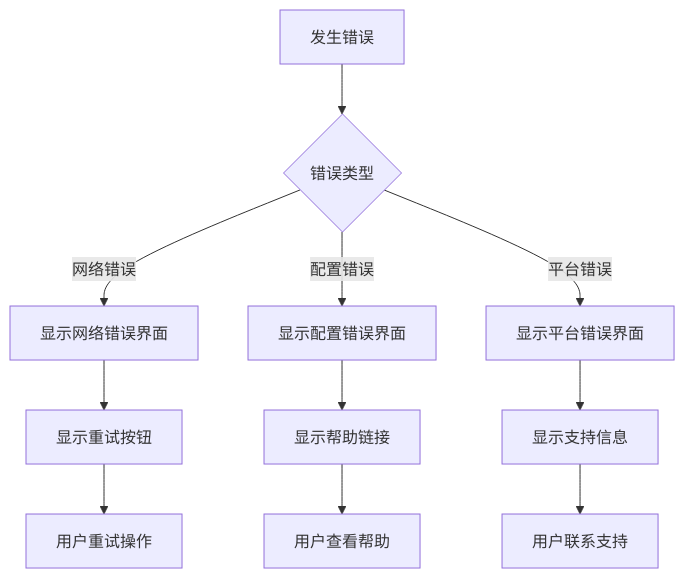
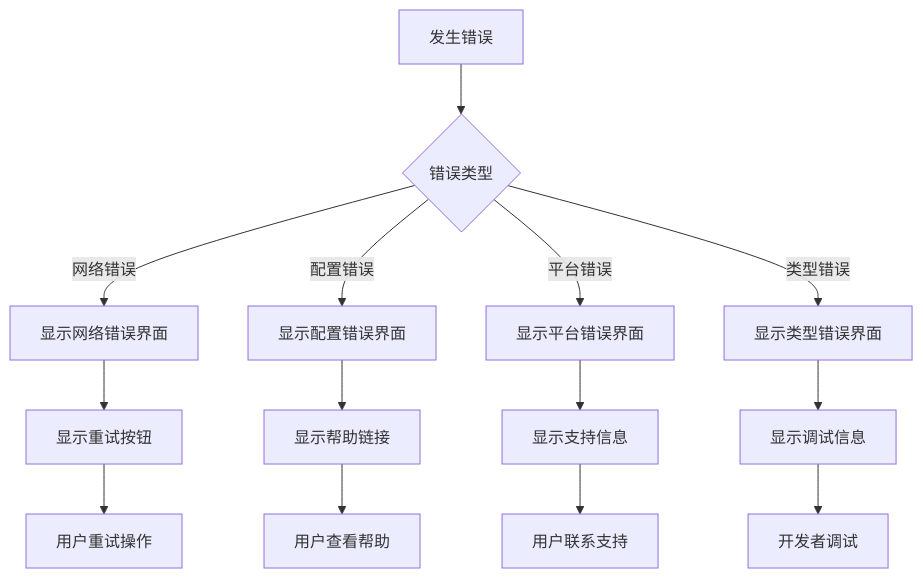
Diagram 11 of 11 in .qoder/repowiki/zh/content/设置向导设计文档.md (verse-ai-org/openclaw), drawn with Mermaid before and after one commit. The commit also changed other lines of this file and 78 other files, not shown here.

````diff
--- a/.qoder/repowiki/zh/content/设置向导设计文档.md
+++ b/.qoder/repowiki/zh/content/设置向导设计文档.md
@@ -449,13 +636,16 @@
 ```mermaid
 flowchart TD
 Error[发生错误] --> CheckType{错误类型}
 CheckType --> |网络错误| NetworkError[显示网络错误界面]
 CheckType --> |配置错误| ConfigError[显示配置错误界面]
 CheckType --> |平台错误| PlatformError[显示平台错误界面]
+CheckType --> |类型错误| TypeError[显示类型错误界面]
 NetworkError --> ShowRetry[显示重试按钮]
 ConfigError --> ShowHelp[显示帮助链接]
 PlatformError --> ShowSupport[显示支持信息]
+TypeError --> ShowDebug[显示调试信息]
 ShowRetry --> RetryAction[用户重试操作]
 ShowHelp --> HelpAction[用户查看帮助]
 ShowSupport --> SupportAction[用户联系支持]
+ShowDebug --> DebugAction[开发者调试]
 ```
````
